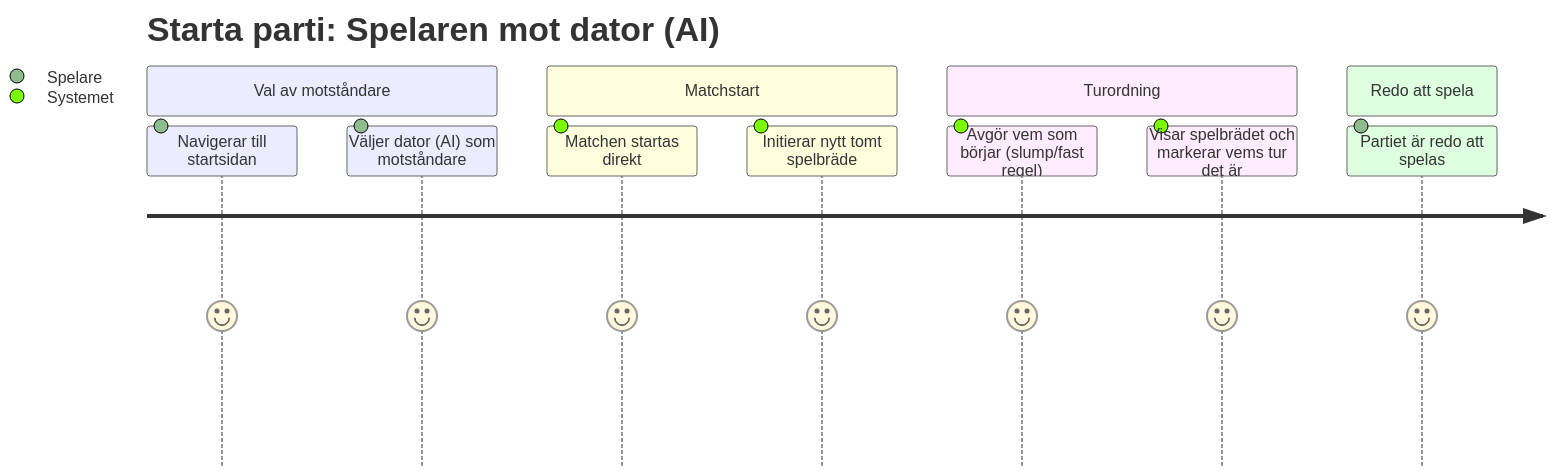
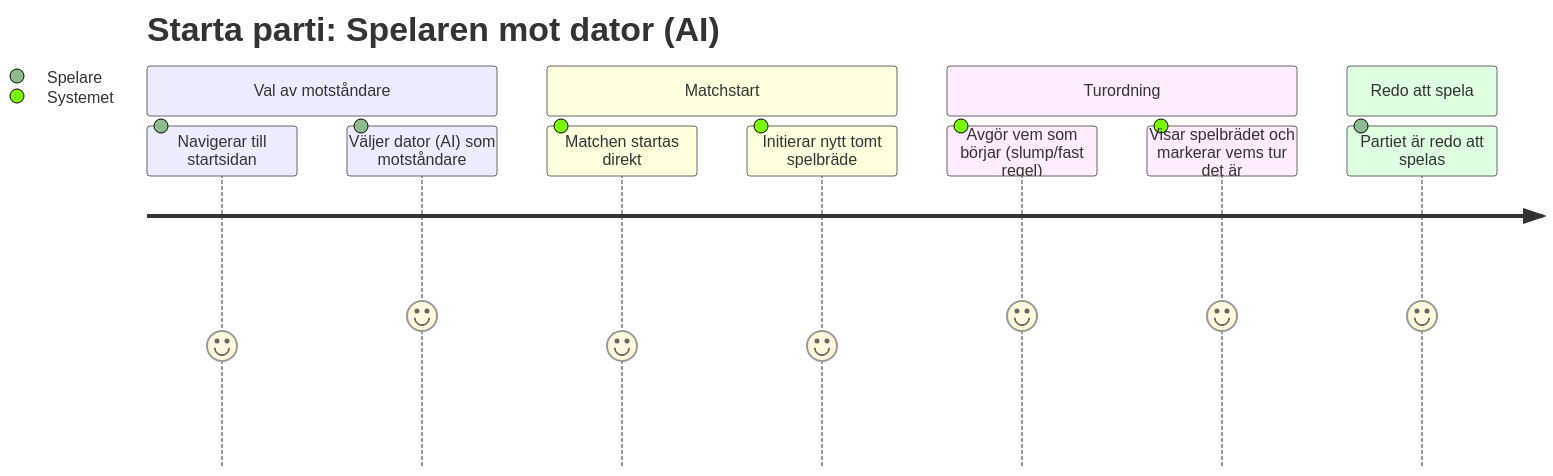
Before and after one commit to S470-crypto/Grupp-3-Projektarbete: the third of 5 diagrams in docs/requirements/06-user-journey.md, drawn with Mermaid.

Commit message:
Update user journey documentation with new content

````diff
--- a/docs/requirements/06-user-journey.md
+++ b/docs/requirements/06-user-journey.md
@@ -48,15 +48,15 @@
 ```mermaid
 journey
     title Starta parti: Spelaren mot dator (AI)
     section Val av motståndare
-      Navigerar till startsidan: 5: Spelare
+      Navigerar till startsidan: 4: Spelare
       Väljer dator (AI) som motståndare: 5: Spelare
     section Matchstart
-      Matchen startas direkt: 5: Systemet
-      Initierar nytt tomt spelbräde: 5: Systemet
+      Matchen startas direkt: 4: Systemet
+      Initierar nytt tomt spelbräde: 4: Systemet
     section Turordning
       Avgör vem som börjar (slump/fast regel): 5: Systemet
       Visar spelbrädet och markerar vems tur det är: 5: Systemet
     section Redo att spela
       Partiet är redo att spelas: 5: Spelare
 ```
````
